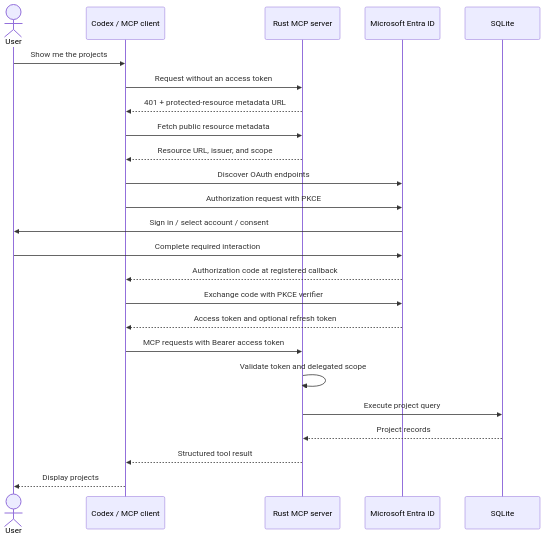
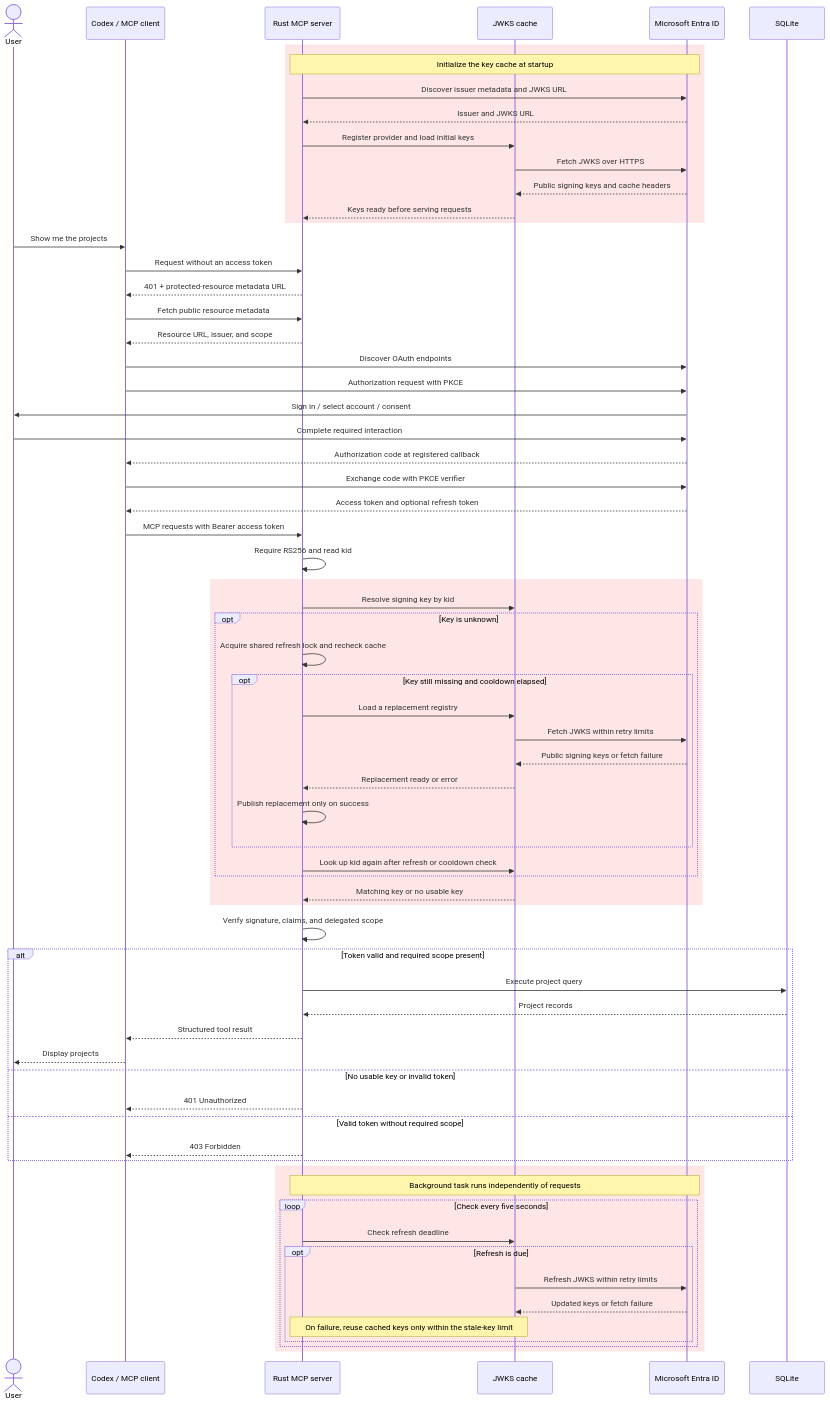
One commit to jgeorg11/oauth_http_mcp changed the diagram in README.md. Above: the diagram before and after it, drawn with Mermaid. The commit also changed other lines of this file and 1 other file, not shown here.

````diff
--- a/README.md
+++ b/README.md
@@ -33,27 +46,74 @@
 ```mermaid
 sequenceDiagram
     actor User
     participant Client as Codex / MCP client
     participant MCP as Rust MCP server
+    participant Cache as JWKS cache
     participant Entra as Microsoft Entra ID
     participant DB as SQLite
+
+    rect rgb(255, 230, 230)
+        Note over MCP,Entra: Initialize the key cache at startup
+        MCP->>Entra: Discover issuer metadata and JWKS URL
+        Entra-->>MCP: Issuer and JWKS URL
+        MCP->>Cache: Register provider and load initial keys
+        Cache->>Entra: Fetch JWKS over HTTPS
+        Entra-->>Cache: Public signing keys and cache headers
+        Cache-->>MCP: Keys ready before serving requests
+    end
 
     User->>Client: Show me the projects
     Client->>MCP: Request without an access token
     MCP-->>Client: 401 + protected-resource metadata URL
     Client->>MCP: Fetch public resource metadata
     MCP-->>Client: Resource URL, issuer, and scope
     Client->>Entra: Discover OAuth endpoints
     Client->>Entra: Authorization request with PKCE
     Entra->>User: Sign in / select account / consent
     User->>Entra: Complete required interaction
     Entra-->>Client: Authorization code at registered callback
     Client->>Entra: Exchange code with PKCE verifier
     Entra-->>Client: Access token and optional refresh token
     Client->>MCP: MCP requests with Bearer access token
-    MCP->>MCP: Validate token and delegated scope
-    MCP->>DB: Execute project query
-    DB-->>MCP: Project records
-    MCP-->>Client: Structured tool result
-    Client-->>User: Display projects
+    MCP->>MCP: Require RS256 and read kid
+
+    rect rgb(255, 230, 230)
+        MCP->>Cache: Resolve signing key by kid
+        opt Key is unknown
+            MCP->>MCP: Acquire shared refresh lock and recheck cache
+            opt Key still missing and cooldown elapsed
+                MCP->>Cache: Load a replacement registry
+                Cache->>Entra: Fetch JWKS within retry limits
+                Entra-->>Cache: Public signing keys or fetch failure
+                Cache-->>MCP: Replacement ready or error
+                MCP->>MCP: Publish replacement only on success
+            end
+            MCP->>Cache: Look up kid again after refresh or cooldown check
+        end
+        Cache-->>MCP: Matching key or no usable key
+    end
+
+    MCP->>MCP: Verify signature, claims, and delegated scope
+    alt Token valid and required scope present
+        MCP->>DB: Execute project query
+        DB-->>MCP: Project records
+        MCP-->>Client: Structured tool result
+        Client-->>User: Display projects
+    else No usable key or invalid token
+        MCP-->>Client: 401 Unauthorized
+    else Valid token without required scope
+        MCP-->>Client: 403 Forbidden
+    end
+
+    rect rgb(255, 230, 230)
+        Note over MCP,Entra: Background task runs independently of requests
+        loop Check every five seconds
+            MCP->>Cache: Check refresh deadline
+            opt Refresh is due
+                Cache->>Entra: Refresh JWKS within retry limits
+                Entra-->>Cache: Updated keys or fetch failure
+                Note over MCP,Cache: On failure, reuse cached keys only within the stale-key limit
+            end
+        end
+    end
 ```
````
